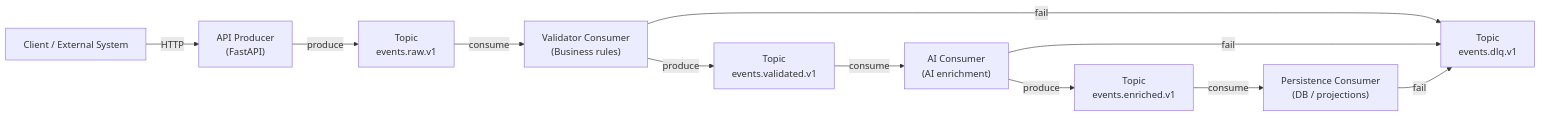
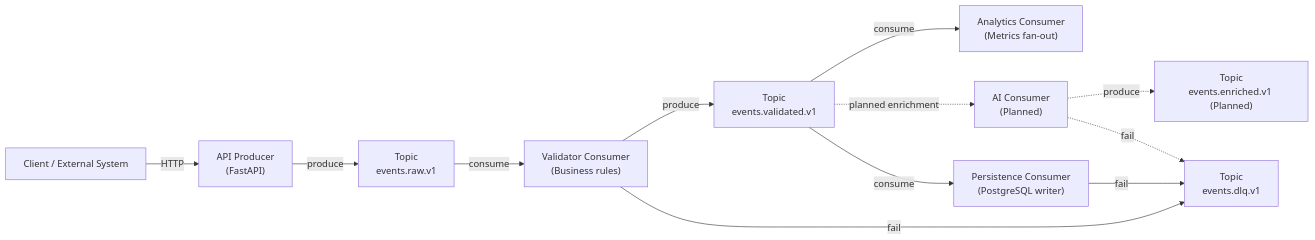
One commit to sofman65/EventFlow changed the diagram in README.md. Above: the diagram before and after it, drawn with Mermaid. The commit also changed other lines of this file and 15 other files, not shown here.

Commit message:
Prometheus and Graphana along with analytics consumner

````diff
--- a/README.md
+++ b/README.md
@@ -48,31 +85,33 @@
 ```mermaid
 flowchart LR
 
 Client["Client / External System"]
 
 API["API Producer<br/>(FastAPI)"]
 
 Raw["Topic<br/>events.raw.v1"]
 Validated["Topic<br/>events.validated.v1"]
-Enriched["Topic<br/>events.enriched.v1"]
 DLQ["Topic<br/>events.dlq.v1"]
 
 Validator["Validator Consumer<br/>(Business rules)"]
-AI["AI Consumer<br/>(AI enrichment)"]
-Persistence["Persistence Consumer<br/>(DB / projections)"]
+Analytics["Analytics Consumer<br/>(Metrics fan-out)"]
+Persistence["Persistence Consumer<br/>(PostgreSQL writer)"]
+AI["AI Consumer<br/>(Planned)"]
+Enriched["Topic<br/>events.enriched.v1 (Planned)"]
 
 Client -->|HTTP| API
 API -->|produce| Raw
 
 Raw -->|consume| Validator
 Validator -->|produce| Validated
 Validator -->|fail| DLQ
 
-Validated -->|consume| AI
-AI -->|produce| Enriched
-AI -->|fail| DLQ
+Validated -->|consume| Analytics
+Validated -->|consume| Persistence
 
-Enriched -->|consume| Persistence
 Persistence -->|fail| DLQ
+Validated -. planned enrichment .-> AI
+AI -. produce .-> Enriched
+AI -. fail .-> DLQ
 
 ```
````
